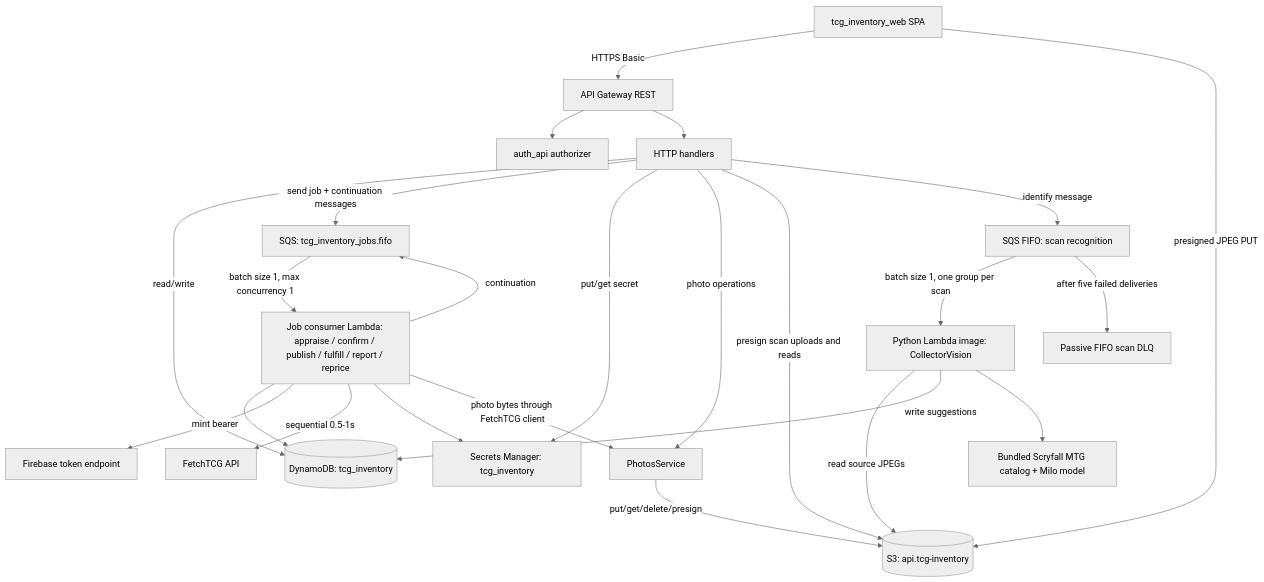
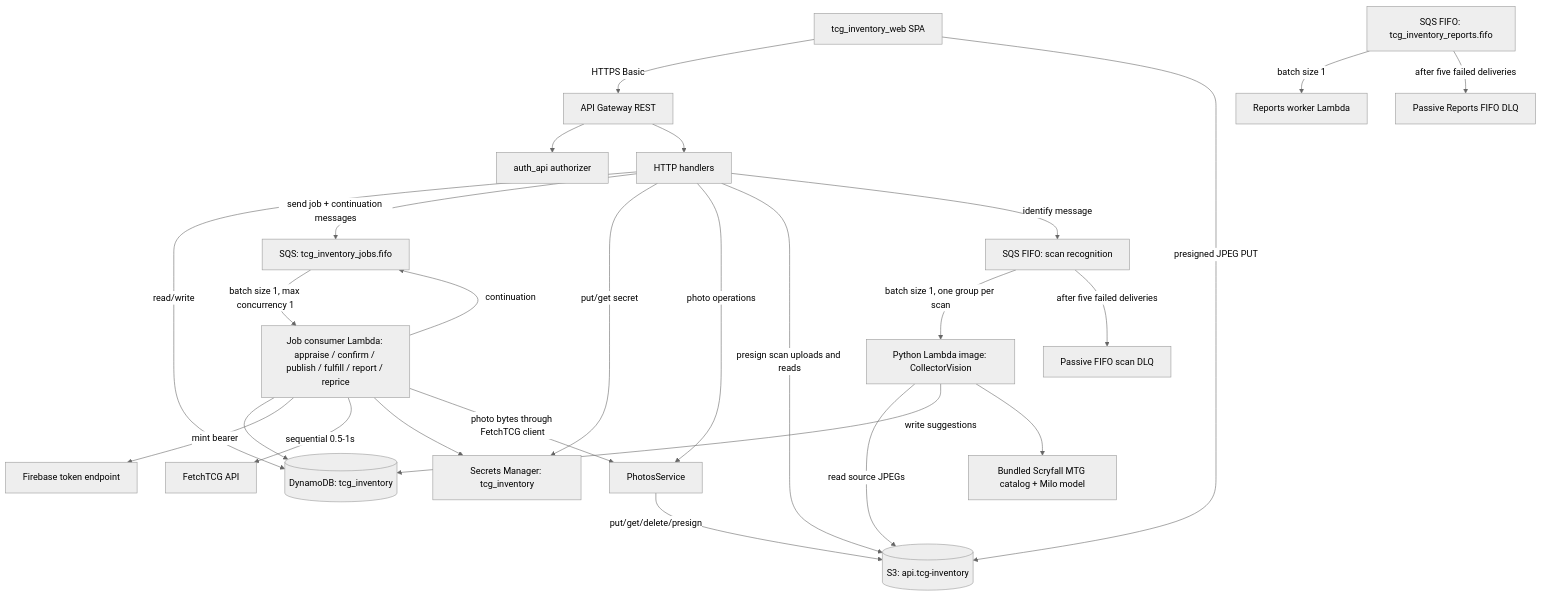
One commit to jordansimsmith/jordansimsmith-com changed the first of 3 diagrams in tcg_inventory_api/README.md. Above: the diagram before and after it, drawn with Mermaid (neutral theme). The commit also changed other lines of this file and 10 other files, not shown here.

Commit message:
Add dedicated Reports worker runtime

````diff
--- a/tcg_inventory_api/README.md
+++ b/tcg_inventory_api/README.md
@@ -96,26 +96,28 @@
 ```mermaid
 flowchart TD
   web[tcg_inventory_web SPA] -->|HTTPS Basic| apigw[API Gateway REST]
   apigw --> authz[auth_api authorizer]
   apigw --> http[HTTP handlers]
   http -->|read/write| ddb[(DynamoDB: tcg_inventory)]
   http -->|send job + continuation messages| sqs[SQS: tcg_inventory_jobs.fifo]
   sqs -->|batch size 1, max concurrency 1| jobs[Job consumer Lambda: appraise / confirm / publish / fulfill / report / reprice]
   jobs --> ddb
   jobs -->|continuation| sqs
+  reportsqs[SQS FIFO: tcg_inventory_reports.fifo] -->|batch size 1| reportworker[Reports worker Lambda]
+  reportsqs -->|after five failed deliveries| reportsdlq[Passive Reports FIFO DLQ]
   jobs -->|mint bearer| firebase[Firebase token endpoint]
   jobs -->|sequential 0.5-1s| fetchtcg[FetchTCG API]
   http -->|put/get secret| secrets[Secrets Manager: tcg_inventory]
   jobs --> secrets
   http -->|photo operations| photos[PhotosService]
   photos -->|put/get/delete/presign| s3[(S3: api.tcg-inventory)]
   jobs -->|photo bytes through FetchTCG client| photos
   http -->|presign scan uploads and reads| s3
   web -->|presigned JPEG PUT| s3
   http -->|identify message| scansqs[SQS FIFO: scan recognition]
   scansqs -->|batch size 1, one group per scan| scanworker[Python Lambda image: CollectorVision]
   scansqs -->|after five failed deliveries| scandlq[Passive FIFO scan DLQ]
   scanworker -->|read source JPEGs| s3
   scanworker -->|write suggestions| ddb
   scanworker --> catalog[Bundled Scryfall MTG catalog + Milo model]
 ```
````
